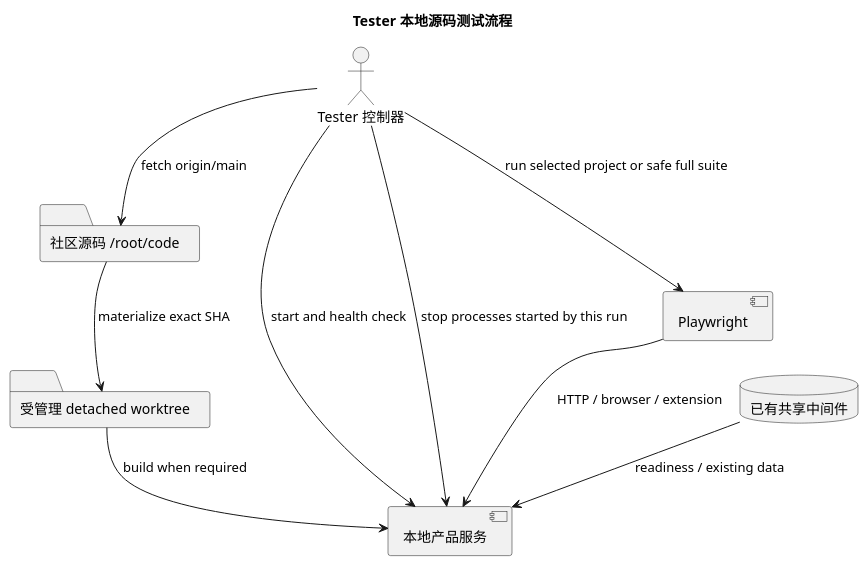
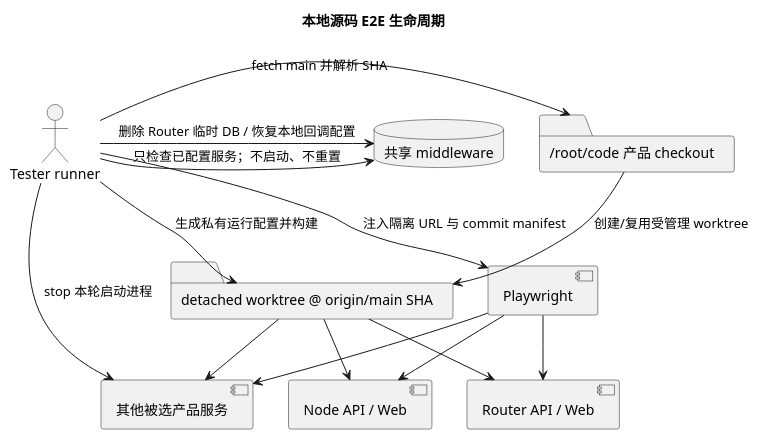
One commit to liuppx/tester changed the diagram in docs/local-source-mode.md. Above: the diagram before and after it, drawn with PlantUML. The commit also changed other lines of this file and 11 other files, not shown here.

Commit message:
docs(tester): refresh architecture and test environment guide

````diff
--- a/docs/local-source-mode.md
+++ b/docs/local-source-mode.md
@@ -7,20 +9,26 @@
 ```plantuml
 @startuml
-title Tester 本地源码测试流程
-actor "Tester 控制器" as T
-folder "社区源码 /root/code" as S
-folder "受管理 detached worktree" as W
-component "本地产品服务" as P
-database "已有共享中间件" as M
+title 本地源码 E2E 生命周期
+actor "Tester runner" as T
+folder "/root/code 产品 checkout" as C
+folder "detached worktree @ origin/main SHA" as W
+database "共享 middleware" as M
+component "Node API / Web" as N
+component "Router API / Web" as R
+component "其他被选产品服务" as P
 component "Playwright" as E
-
-T --> S : fetch origin/main
-S --> W : materialize exact SHA
-W --> P : build when required
-M --> P : readiness / existing data
-T --> P : start and health check
-T --> E : run selected project or safe full suite
-E --> P : HTTP / browser / extension
-T --> P : stop processes started by this run
+T -> C : fetch main 并解析 SHA
+C --> W : 创建/复用受管理 worktree
+T -> M : 只检查已配置服务；不启动、不重置
+T -> W : 生成私有运行配置并构建
+W --> N
+W --> R
+W --> P
+T -> E : 注入隔离 URL 与 commit manifest
+E --> N
+E --> R
+E --> P
+T -> P : stop 本轮启动进程
+T -> M : 删除 Router 临时 DB / 恢复本地回调配置
 @enduml
 ```
````
